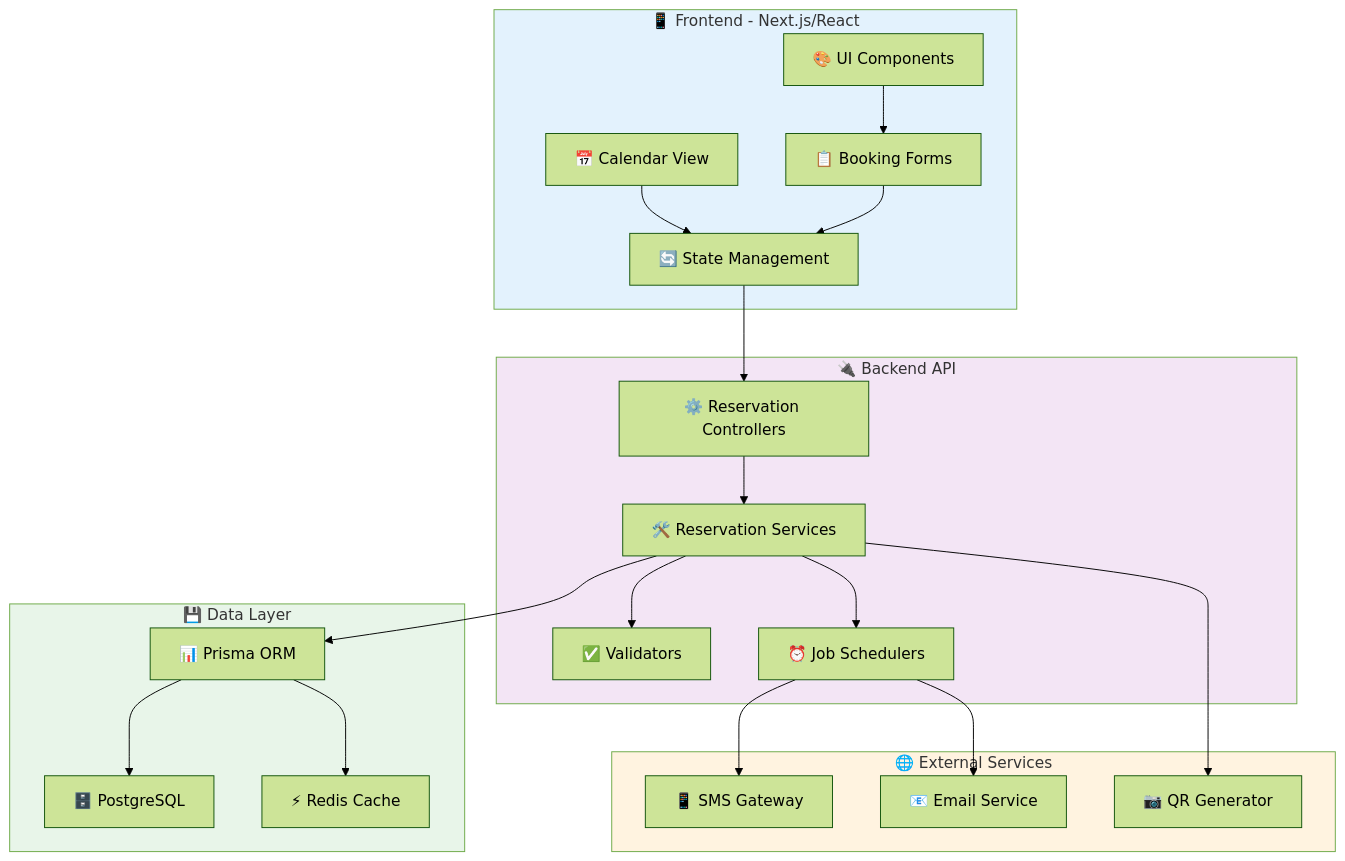
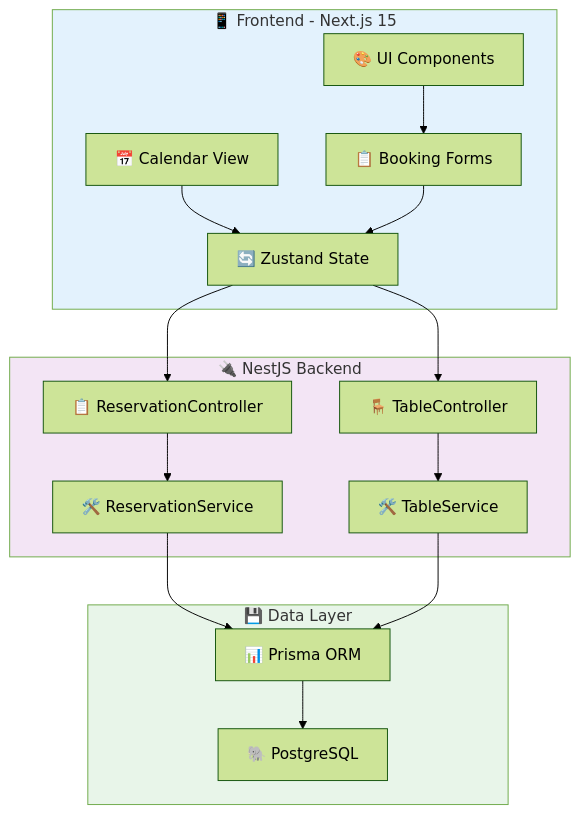
Diagram 11 of 15 in docs/diagrams/RESERVATION_MANAGEMENT_DIAGRAMS.md (huy1235588/restaurant-management), drawn with Mermaid (forest theme) before and after one commit. The commit also changed other lines of this file and 18 other files, not shown here.

Commit message:
Update documentation for Order Management, Reservation Management, and Staff Management modules to reflect real-world implementation as of June 2025. Enhance data structures, API endpoints, and feature descriptions while noting future development plans and integration details.

````diff
--- a/docs/diagrams/RESERVATION_MANAGEMENT_DIAGRAMS.md
+++ b/docs/diagrams/RESERVATION_MANAGEMENT_DIAGRAMS.md
@@ -416,47 +361,36 @@
 ```mermaid
 graph TB
-    subgraph Client["📱 Frontend - Next.js/React"]
+    subgraph Client["📱 Frontend - Next.js 15"]
         UI["🎨 UI Components"]
         Calendar["📅 Calendar View"]
         Forms["📋 Booking Forms"]
-        State["🔄 State Management"]
+        State["🔄 Zustand State"]
     end
 
-    subgraph API["🔌 Backend API"]
-        Controllers["⚙️ Reservation Controllers"]
-        Services["🛠️ Reservation Services"]
-        Validators["✅ Validators"]
-        Schedulers["⏰ Job Schedulers"]
+    subgraph API["🔌 NestJS Backend"]
+        TableController["🪑 TableController"]
+        ReservationController["📋 ReservationController"]
+        ReservationService["🛠️ ReservationService"]
+        TableService["🛠️ TableService"]
     end
 
     subgraph Data["💾 Data Layer"]
         ORM["📊 Prisma ORM"]
-        DB["🗄️ PostgreSQL"]
-        Cache["⚡ Redis Cache"]
-    end
-
-    subgraph External["🌐 External Services"]
-        SMS["📱 SMS Gateway"]
-        Email["📧 Email Service"]
-        QR["📷 QR Generator"]
+        DB["🐘 PostgreSQL"]
     end
 
     UI --> Forms
     Calendar --> State
     Forms --> State
-    State --> Controllers
-    Controllers --> Services
-    Services --> Validators
-    Services --> Schedulers
-    Services --> ORM
+    State --> TableController
+    State --> ReservationController
+    ReservationController --> ReservationService
+    TableController --> TableService
+    ReservationService --> ORM
+    TableService --> ORM
     ORM --> DB
-    ORM --> Cache
-    Schedulers --> SMS
-    Schedulers --> Email
-    Services --> QR
 
     style Client fill:#e3f2fd
     style API fill:#f3e5f5
     style Data fill:#e8f5e9
-    style External fill:#fff3e0
 ```
````
